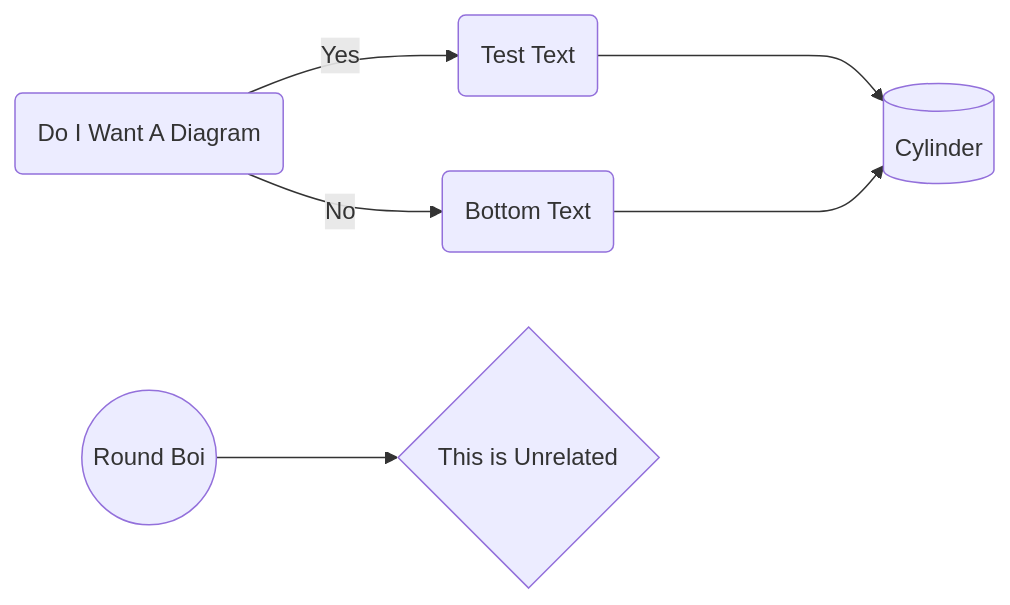
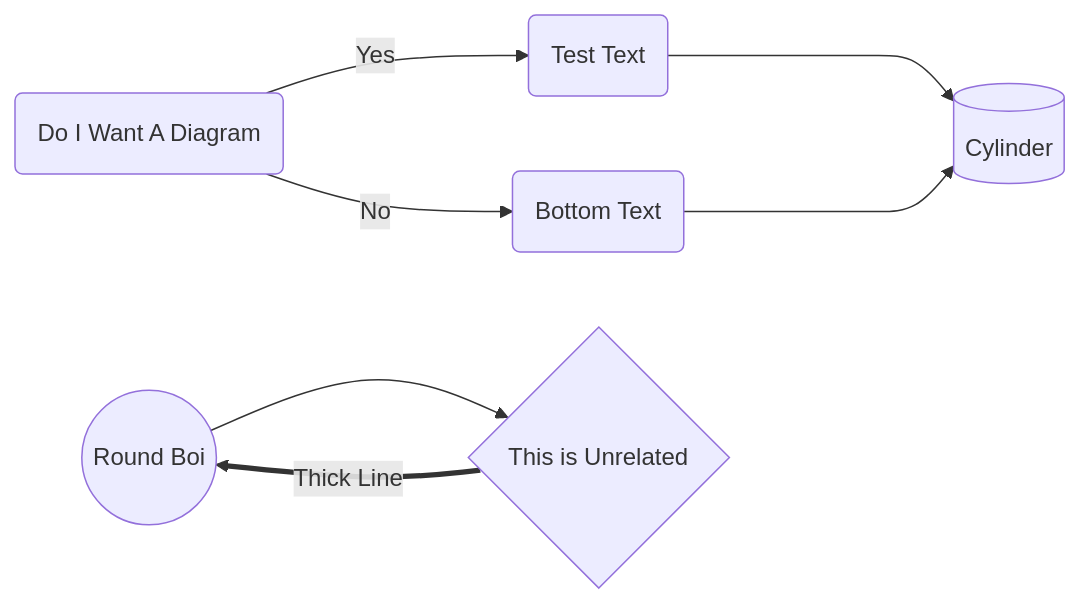
The second of 2 diagrams in Documentation/diagram_with_mermaid.md (PanGalacticTech/ISOpower), drawn with Mermaid before and after one commit.

````diff
--- a/Documentation/diagram_with_mermaid.md
+++ b/Documentation/diagram_with_mermaid.md
@@ -13,8 +13,9 @@
 ```mermaid
       graph LR
       A(Do I Want A Diagram)-- Yes -->B;
       A(Do I Want A Diagram)-- No -->C(Bottom Text);
       B(Test Text)---->D(Cylinder);
       C(Bottom Text)---->D[(Cylinder)];
-      E((Round Boi)) -->F{This is Unrelated}
+      E((Round Boi)) -->F{This is Unrelated};
+      F == Thick Line ==> E;
 ```
````
